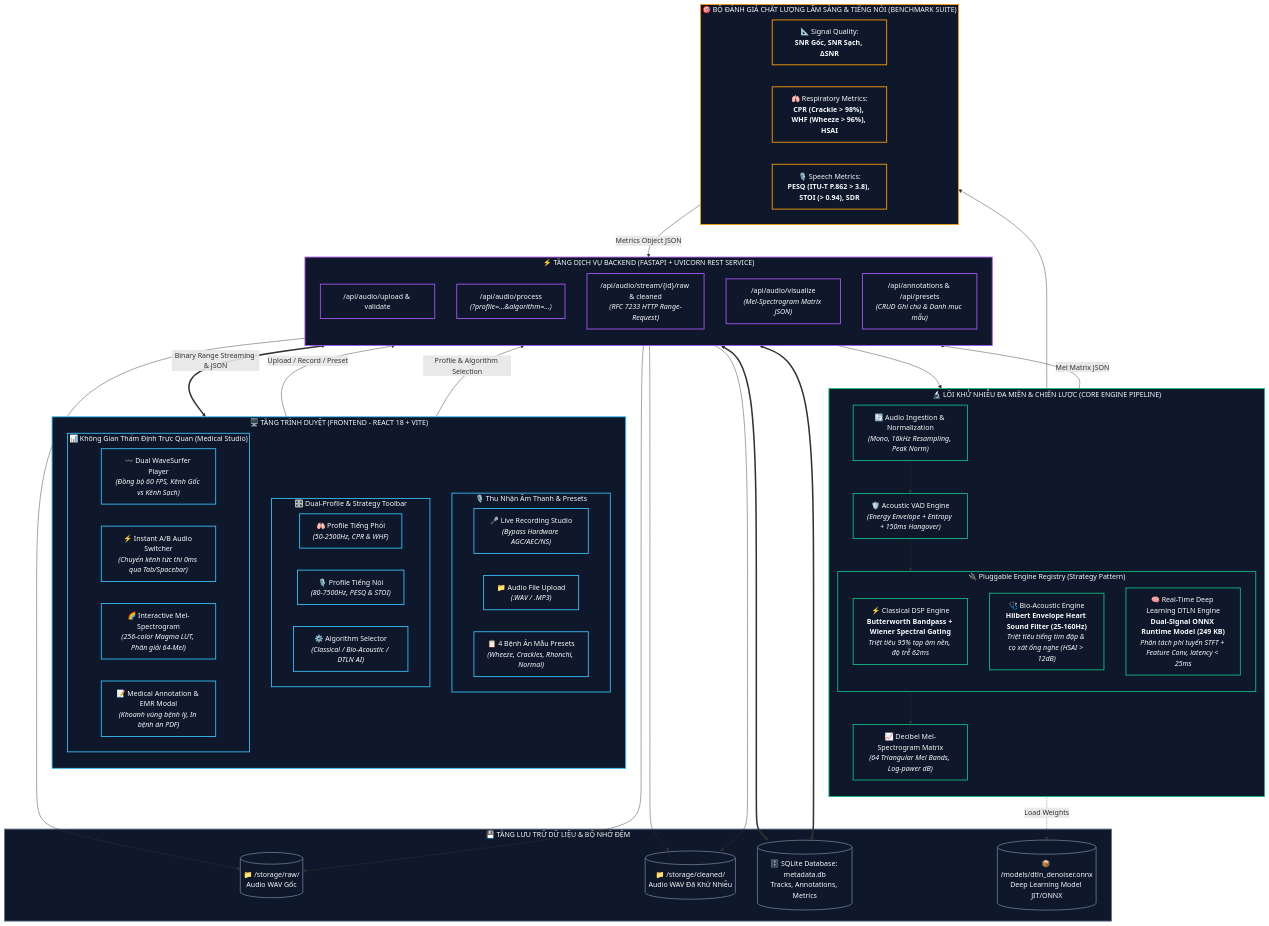
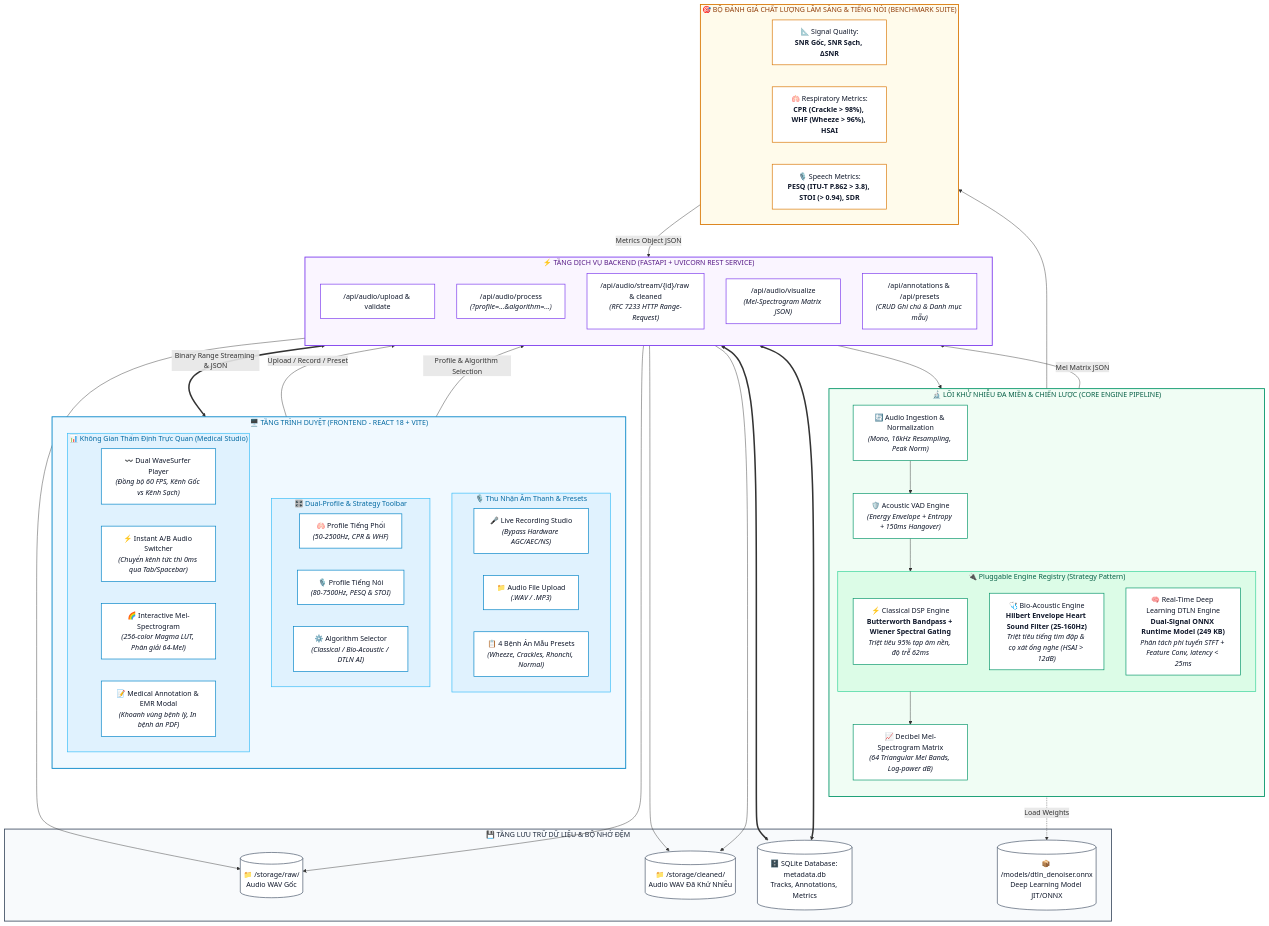
One commit to minhduc01168/respiratory-sound-denoising-viz changed the first of 2 diagrams in docs/PROJECT_EXECUTION_PLAN.md. Above: the diagram before and after it, drawn with Mermaid. The commit also changed 1 other file, not shown here.

Commit message:
docs: adjust architecture diagram to high-contrast light theme palette

````diff
--- a/docs/PROJECT_EXECUTION_PLAN.md
+++ b/docs/PROJECT_EXECUTION_PLAN.md
@@ -134,17 +134,31 @@
     E3 -.->|Load Weights| D4
 
     %% ==========================================
-    %% CLASS STYLES
+    %% LIGHT THEME STYLES (DỄ NHÌN, TƯƠNG PHẢN CAO)
     %% ==========================================
-    classDef uiStyle fill:#0F172A,stroke:#38BDF8,stroke-width:2px,color:#F8FAFC;
-    classDef apiStyle fill:#0F172A,stroke:#A855F7,stroke-width:2px,color:#F8FAFC;
-    classDef engineStyle fill:#0F172A,stroke:#10B981,stroke-width:2px,color:#F8FAFC;
-    classDef metricStyle fill:#0F172A,stroke:#F59E0B,stroke-width:2px,color:#F8FAFC;
-    classDef storageStyle fill:#0F172A,stroke:#64748B,stroke-width:2px,color:#F8FAFC;
+    style Client_Tier fill:#F0F9FF,stroke:#0284C7,stroke-width:2px,color:#0369A1
+    style UI_INPUTS fill:#E0F2FE,stroke:#38BDF8,stroke-width:1.5px,color:#0369A1
+    style UI_CONTROLS fill:#E0F2FE,stroke:#38BDF8,stroke-width:1.5px,color:#0369A1
+    style UI_VIZ fill:#E0F2FE,stroke:#38BDF8,stroke-width:1.5px,color:#0369A1
 
-    class Client_Tier,UI_INPUTS,UI_CONTROLS,UI_VIZ,A1,A2,A3,A4,A5,A6,A7,A8,A9,A10 uiStyle;
-    class API_Tier,B1,B2,B3,B4,B5 apiStyle;
-    class Engine_Tier,C0,C1,C2,Strategy_Registry,E1,E2,E3 engineStyle;
-    class Benchmark_Tier,M1,M2,M3 metricStyle;
-    class Storage_Tier,D1,D2,D3,D4 storageStyle;
+    style API_Tier fill:#FAF5FF,stroke:#7C3AED,stroke-width:2px,color:#581C87
+    
+    style Engine_Tier fill:#F0FDF4,stroke:#059669,stroke-width:2px,color:#065F46
+    style Strategy_Registry fill:#DCFCE7,stroke:#34D399,stroke-width:1.5px,color:#065F46
+
+    style Benchmark_Tier fill:#FFFBEB,stroke:#D97706,stroke-width:2px,color:#92400E
+
+    style Storage_Tier fill:#F8FAFC,stroke:#475569,stroke-width:2px,color:#1E293B
+
+    classDef uiCard fill:#FFFFFF,stroke:#0284C7,stroke-width:1.5px,color:#0F172A;
+    classDef apiCard fill:#FFFFFF,stroke:#7C3AED,stroke-width:1.5px,color:#0F172A;
+    classDef engineCard fill:#FFFFFF,stroke:#059669,stroke-width:1.5px,color:#0F172A;
+    classDef metricCard fill:#FFFFFF,stroke:#D97706,stroke-width:1.5px,color:#0F172A;
+    classDef storageCard fill:#FFFFFF,stroke:#475569,stroke-width:1.5px,color:#0F172A;
+
+    class A1,A2,A3,A4,A5,A6,A7,A8,A9,A10 uiCard;
+    class B1,B2,B3,B4,B5 apiCard;
+    class C0,C1,C2,E1,E2,E3 engineCard;
+    class M1,M2,M3 metricCard;
+    class D1,D2,D3,D4 storageCard;
 ```
````
